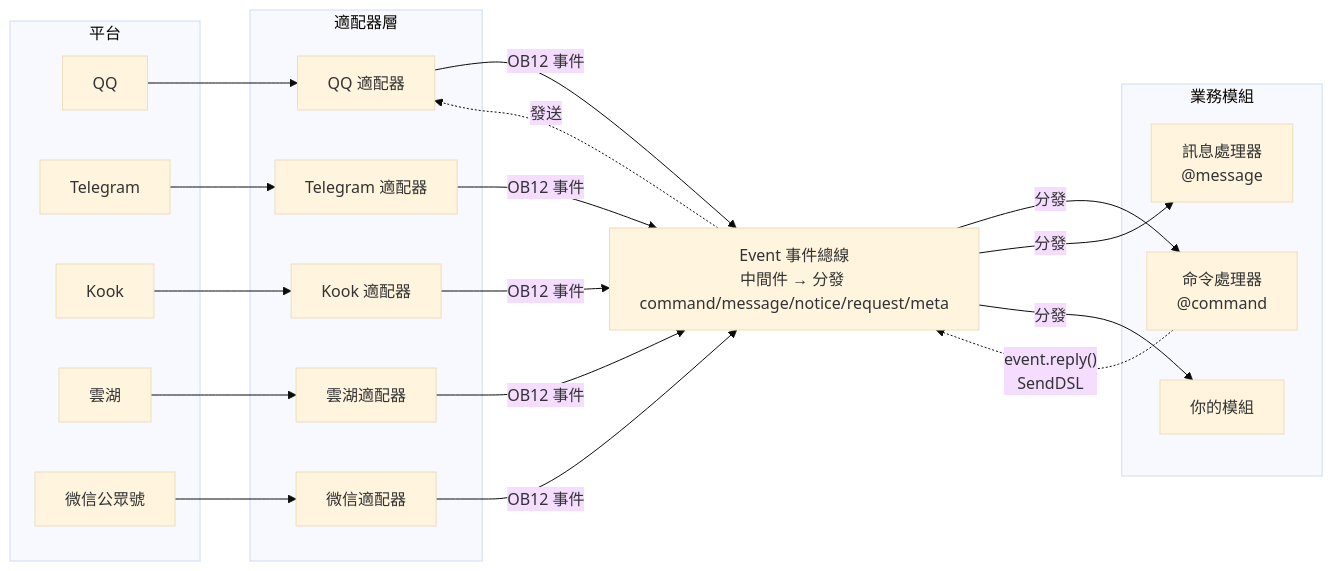
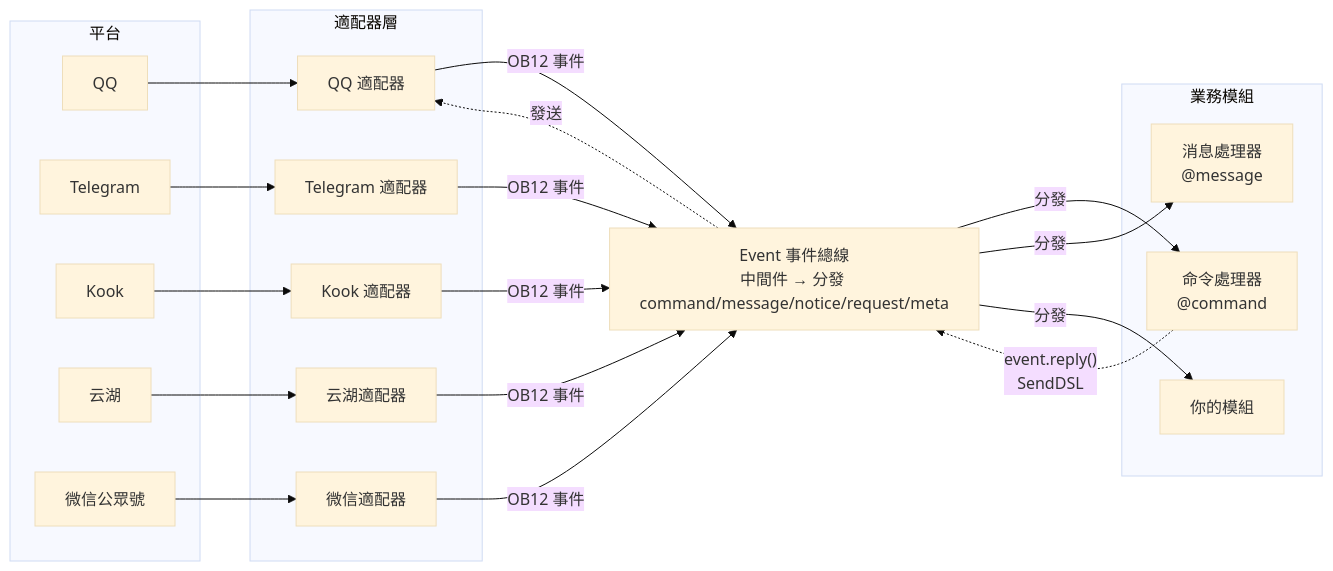
One commit to ErisPulse/ErisPulse changed the first of 2 diagrams in README.zh-TW.md. Above: the diagram before and after it, drawn with Mermaid (base theme). The commit also changed other lines of this file and 7 other files, not shown here.

````diff
--- a/README.zh-TW.md
+++ b/README.zh-TW.md
@@ -111,45 +111,45 @@
 ```mermaid
 graph LR
     subgraph Platforms[平台]
         QQ["QQ"]
         TG["Telegram"]
         Kook["Kook"]
-        YH["雲湖"]
+        YH["云湖"]
         WX["微信公眾號"]
     end
 
     subgraph Adapters[適配器層]
         A1["QQ 適配器"]
         A2["Telegram 適配器"]
         A3["Kook 適配器"]
-        A4["雲湖適配器"]
+        A4["云湖適配器"]
         A5["微信適配器"]
     end
 
     Event["Event 事件總線<br/>中間件 → 分發 command/message/notice/request/meta"]
 
     subgraph Modules[業務模組]
         M1["命令處理器<br/>@command"]
-        M2["訊息處理器<br/>@message"]
+        M2["消息處理器<br/>@message"]
         M3["你的模組"]
     end
 
     QQ --> A1
     TG --> A2
     Kook --> A3
     YH --> A4
     WX --> A5
 
     A1 -->|"OB12 事件"| Event
     A2 -->|"OB12 事件"| Event
     A3 -->|"OB12 事件"| Event
     A4 -->|"OB12 事件"| Event
     A5 -->|"OB12 事件"| Event
 
     Event -->|"分發"| M1
     Event -->|"分發"| M2
     Event -->|"分發"| M3
 
     M1 -.->|"event.reply()<br/>SendDSL"| Event
     Event -.->|"發送"| A1
 ```
````
